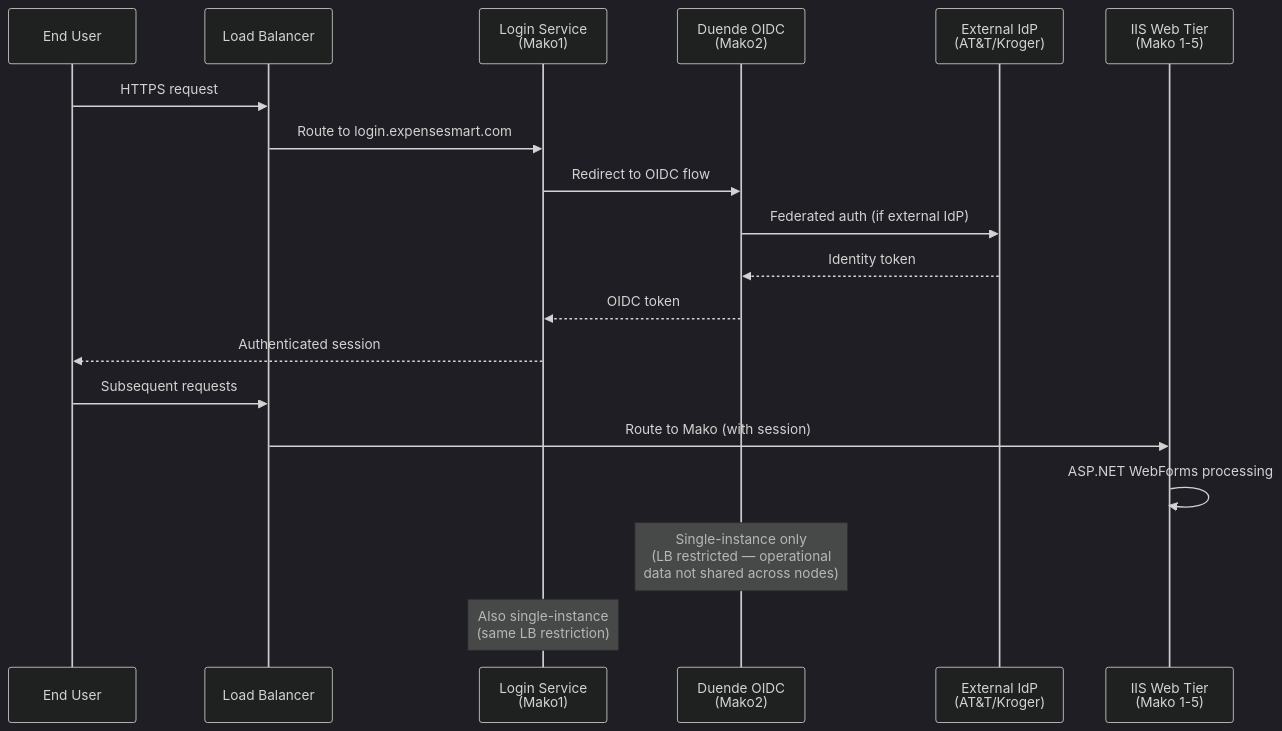
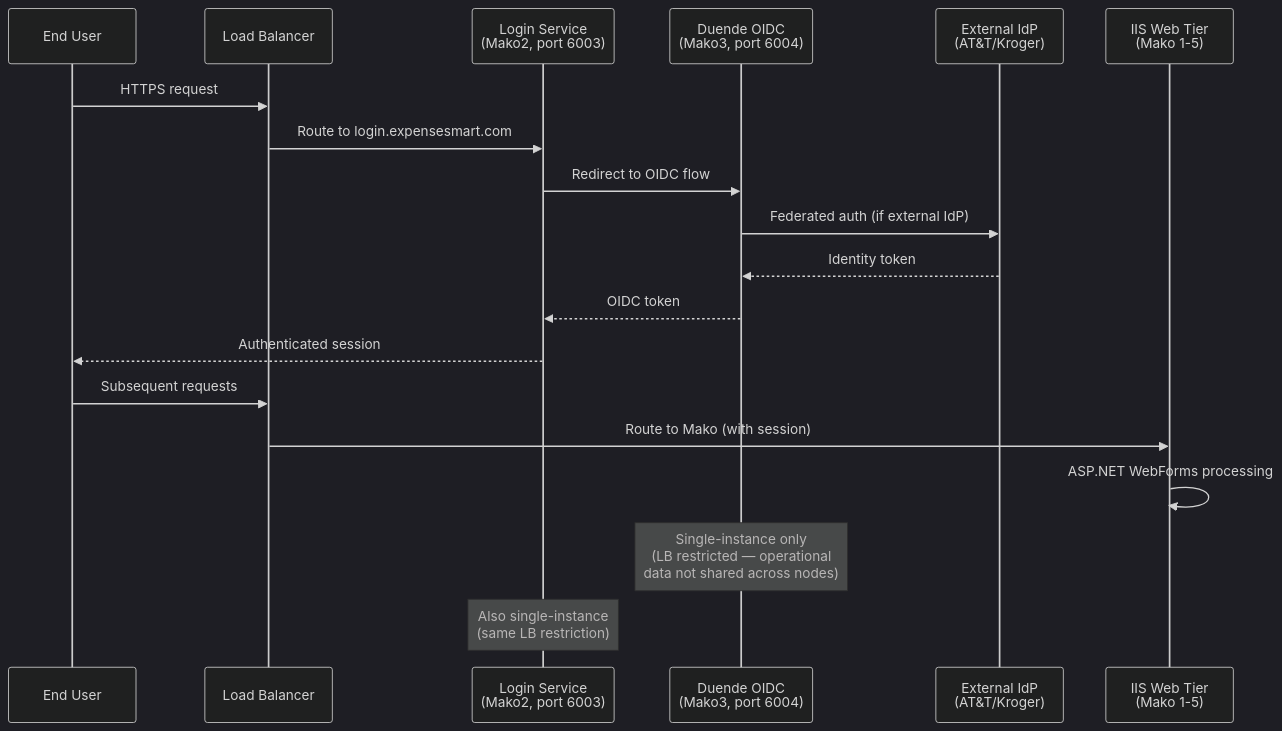
The fourth of 6 diagrams in Documents/Technical/diagrams/expensesmart-v1-architecture.md (lcassin/Scheduler_Platform), drawn with Mermaid (dark theme) before and after one commit. The commit also changed other lines of this file and 1 other file, not shown here.

First line of the commit message:
docs: Add Kemp load balancer details, VIPs, port mappings, and network topology

````diff
--- a/Documents/Technical/diagrams/expensesmart-v1-architecture.md
+++ b/Documents/Technical/diagrams/expensesmart-v1-architecture.md
@@ -317,23 +317,23 @@
 ```mermaid
 sequenceDiagram
     participant U as End User
     participant LB as Load Balancer
-    participant Login as Login Service<br/>(Mako1)
-    participant OIDC as Duende OIDC<br/>(Mako2)
+    participant Login as Login Service<br/>(Mako2, port 6003)
+    participant OIDC as Duende OIDC<br/>(Mako3, port 6004)
     participant IdP as External IdP<br/>(AT&T/Kroger)
     participant IIS as IIS Web Tier<br/>(Mako 1-5)
 
     U->>LB: HTTPS request
     LB->>Login: Route to login.expensesmart.com
     Login->>OIDC: Redirect to OIDC flow
     OIDC->>IdP: Federated auth (if external IdP)
     IdP-->>OIDC: Identity token
     OIDC-->>Login: OIDC token
     Login-->>U: Authenticated session
     U->>LB: Subsequent requests
     LB->>IIS: Route to Mako (with session)
     IIS->>IIS: ASP.NET WebForms processing
 
     Note over OIDC: Single-instance only<br/>(LB restricted — operational<br/>data not shared across nodes)
     Note over Login: Also single-instance<br/>(same LB restriction)
 ```
````
